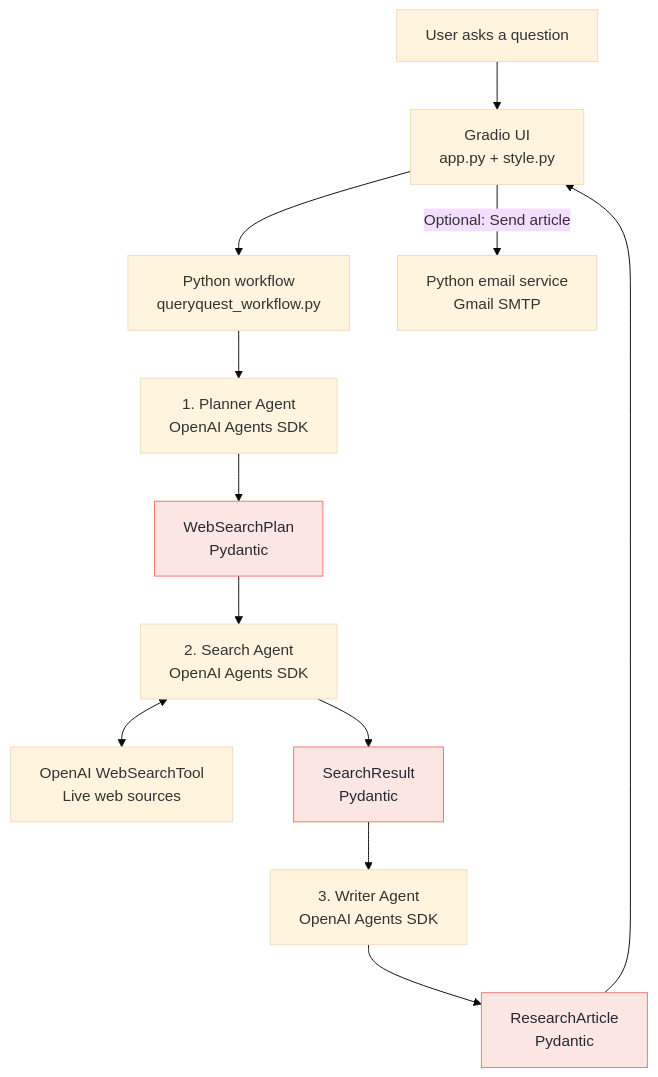
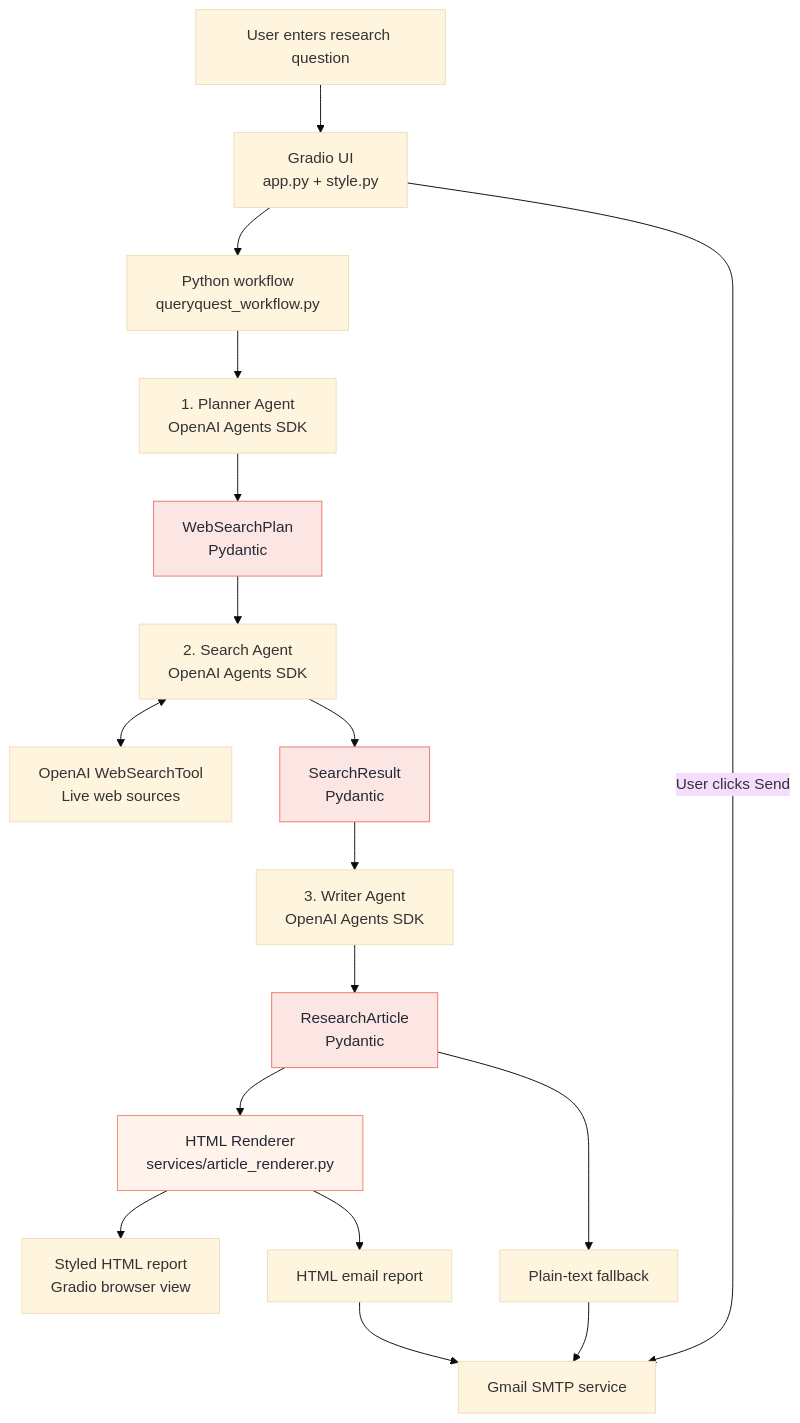
The diagram in README.md (dhaval-mistry/QueryQuest), drawn with Mermaid (base theme) before and after one commit. The commit also changed other lines of this file, not shown here.

````diff
--- a/README.md
+++ b/README.md
@@ -21,19 +22,26 @@
 ```mermaid
 flowchart TD
-    U["User asks a question"] --> UI["Gradio UI<br/>app.py + style.py"]
+    U["User enters research question"] --> UI["Gradio UI<br/>app.py + style.py"]
     UI --> WF["Python workflow<br/>queryquest_workflow.py"]
 
     WF --> P["1. Planner Agent<br/>OpenAI Agents SDK"]
     P --> Plan["WebSearchPlan<br/>Pydantic"]
     Plan --> S["2. Search Agent<br/>OpenAI Agents SDK"]
     S <--> Web["OpenAI WebSearchTool<br/>Live web sources"]
     S --> Findings["SearchResult<br/>Pydantic"]
     Findings --> W["3. Writer Agent<br/>OpenAI Agents SDK"]
     W --> Article["ResearchArticle<br/>Pydantic"]
 
-    Article --> UI
-    UI -->|"Optional: Send article"| Email["Python email service<br/>Gmail SMTP"]
+    Article --> Renderer["HTML Renderer<br/>services/article_renderer.py"]
+    Renderer --> Preview["Styled HTML report<br/>Gradio browser view"]
+    Renderer --> EmailHTML["HTML email report"]
+    Article --> Text["Plain-text fallback"]
+    UI -->|"User clicks Send"| Email["Gmail SMTP service"]
+    EmailHTML --> Email
+    Text --> Email
 
     classDef output fill:#fce6e3,stroke:#ef776d,color:#252833
     class Plan,Findings,Article output
+    classDef renderer fill:#fff3eb,stroke:#ed8a68,color:#252833
+    class Renderer renderer
 ```
````
